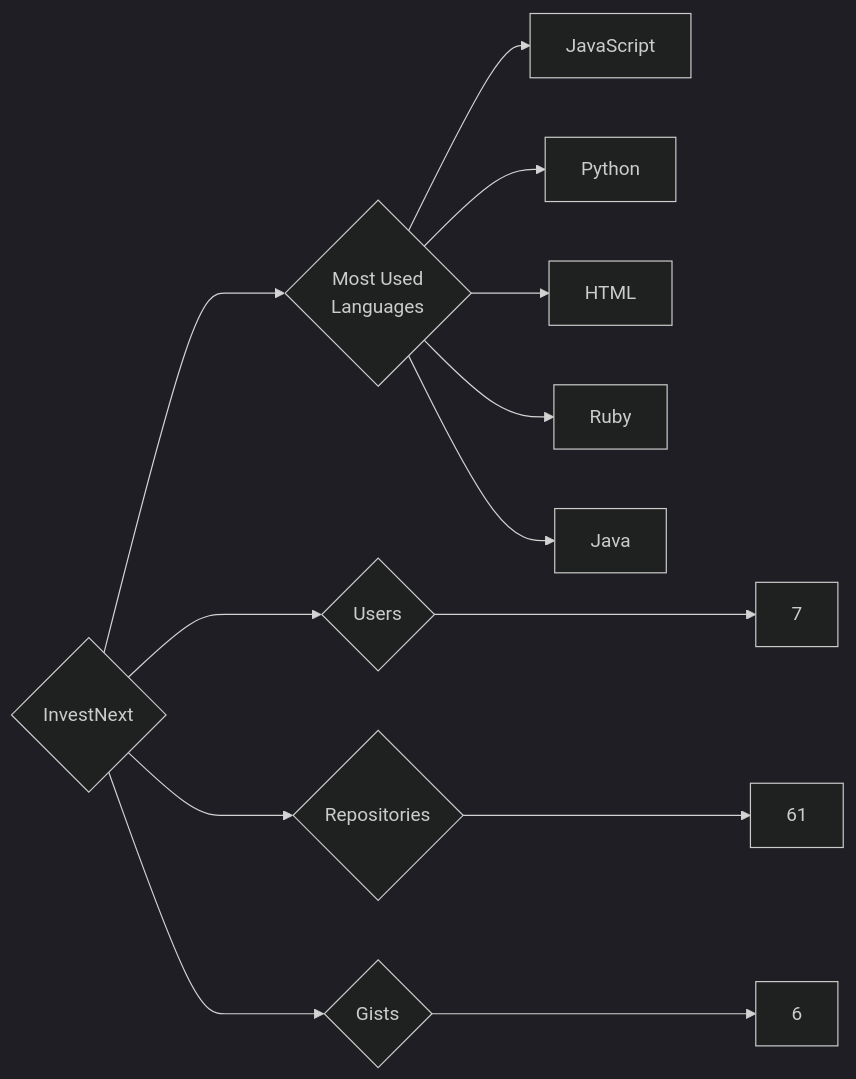
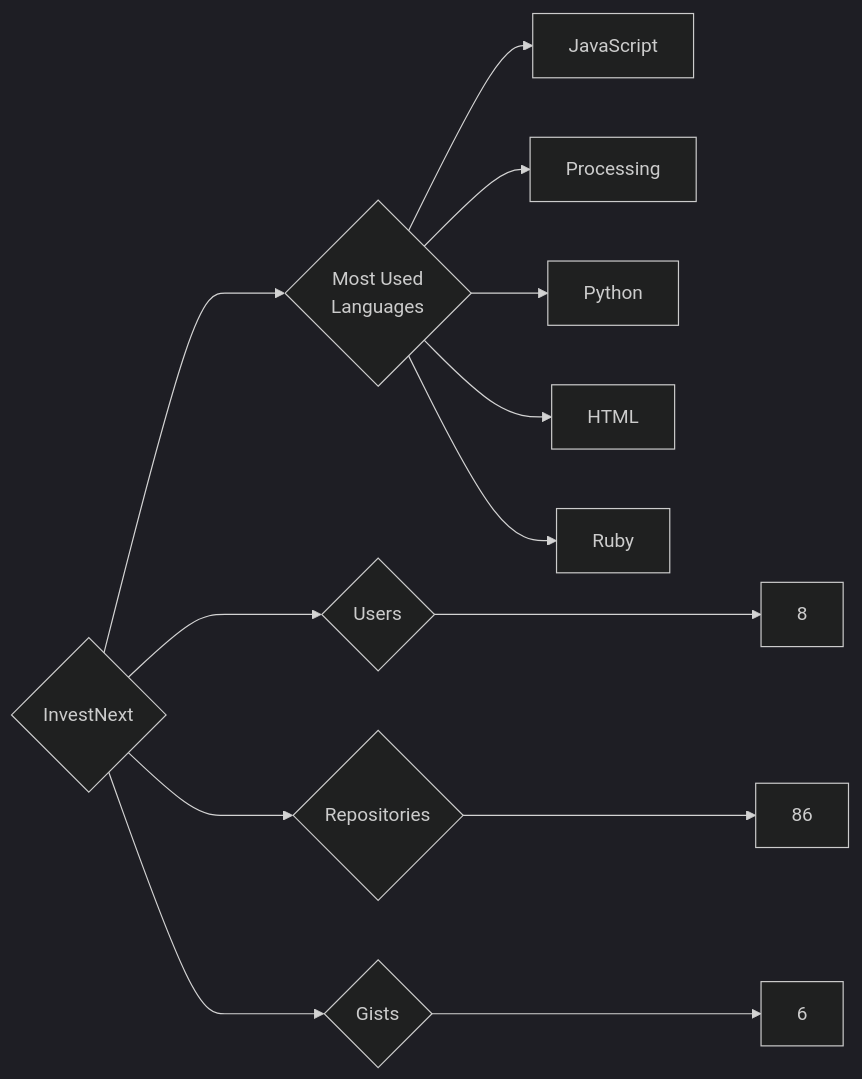
One commit to trickest/insiders changed the diagram in targets/InvestNext/README.md. Above: the diagram before and after it, drawn with Mermaid (dark theme). The commit also changed 1238 other files, not shown here.

````diff
--- a/targets/InvestNext/README.md
+++ b/targets/InvestNext/README.md
@@ -3,13 +3,13 @@
 ```mermaid
 graph LR
 COMPANY_NAME{InvestNext}
-COMPANY_NAME ---> U{Users} ---> UN[7]
-COMPANY_NAME ---> R{Repositories} ---> RN[61]
+COMPANY_NAME ---> U{Users} ---> UN[8]
+COMPANY_NAME ---> R{Repositories} ---> RN[86]
 COMPANY_NAME ---> G{Gists} ---> GN[6]
 COMPANY_NAME ---> ML{Most Used<br>Languages}
 ML --> JavaScript[JavaScript]
+ML --> Processing[Processing]
 ML --> Python[Python]
 ML --> HTML[HTML]
 ML --> Ruby[Ruby]
-ML --> Java[Java]
 ```
````
